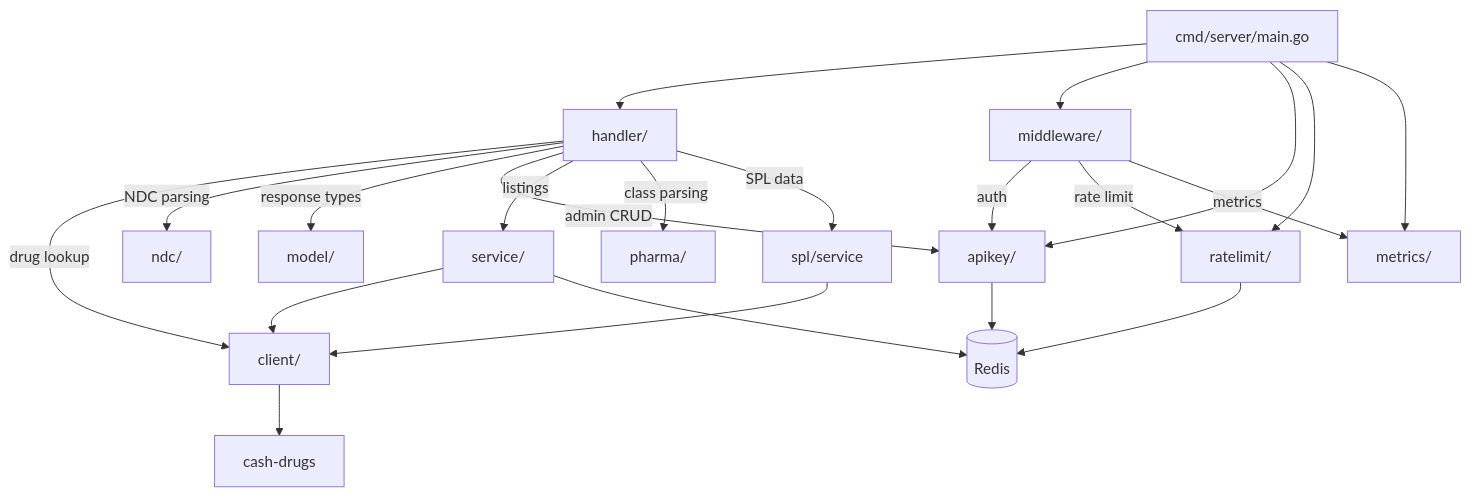
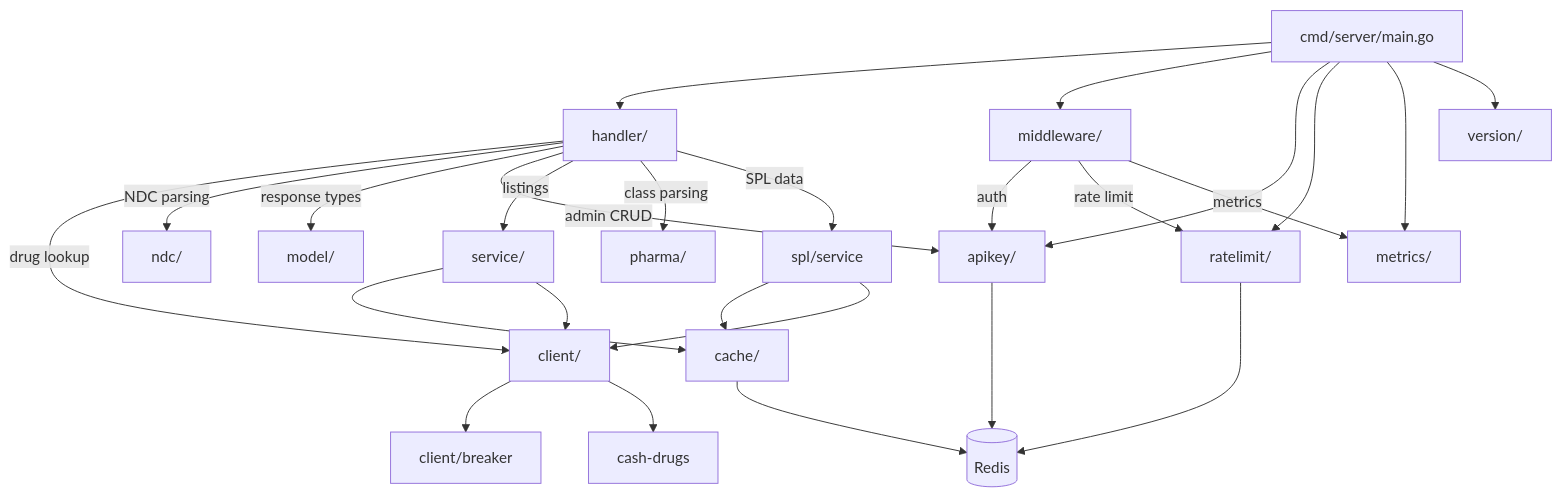
One commit to finish06/drug-gate changed the fourth of 4 diagrams in README.md. Above: the diagram before and after it, drawn with Mermaid. The commit also changed other lines of this file, not shown here.

Commit message:
docs(readme): sync to v0.10.0 — landing route + cache/version packages
- Public endpoints table: add conditional GET / (LANDING_URL redirect).
  Already documented further down in "Landing Page Redirect" section,
  but missing from the endpoint table.
- /health row: note dependency status (Redis, upstream, circuit breaker)
  to match the standard rewrite from M-health-version-standard.
- /version row: add OS, arch, build_time (added in M-health-version-standard).
- Project Structure diagram: add internal/cache (CacheAside generic with
  singleflight + stale fallback), client/breaker (circuit breaker), and
  internal/version. Add explanatory note below the diagram.

No code changes. README endpoint count and architecture diagram now
match docs/sequence-diagram.md, CLAUDE.md, and .add/docs-manifest.json.

````diff
--- a/README.md
+++ b/README.md
@@ -192,28 +193,33 @@
 ```mermaid
 graph TD
     CMD[cmd/server/main.go] --> H[handler/]
     CMD --> MW[middleware/]
     CMD --> AK[apikey/]
     CMD --> RL[ratelimit/]
     CMD --> MET[metrics/]
+    CMD --> V[version/]
 
     H --> |drug lookup| CL[client/]
     H --> |NDC parsing| NDC[ndc/]
     H --> |response types| M[model/]
     H --> |admin CRUD| AK
     H --> |listings| SVC[service/]
     H --> |class parsing| PH[pharma/]
     H --> |SPL data| SPLSVC[spl/service]
 
+    SVC --> CA[cache/]
+    SPLSVC --> CA
+    CA --> Redis
+    CL --> CB[client/breaker]
+
     SVC --> CL
     SPLSVC --> CL
-    SVC --> Redis
 
     MW --> |auth| AK
     MW --> |rate limit| RL
     MW --> |metrics| MET
 
     AK --> Redis[(Redis)]
     RL --> Redis
     CL --> CD[cash-drugs]
 ```
````
